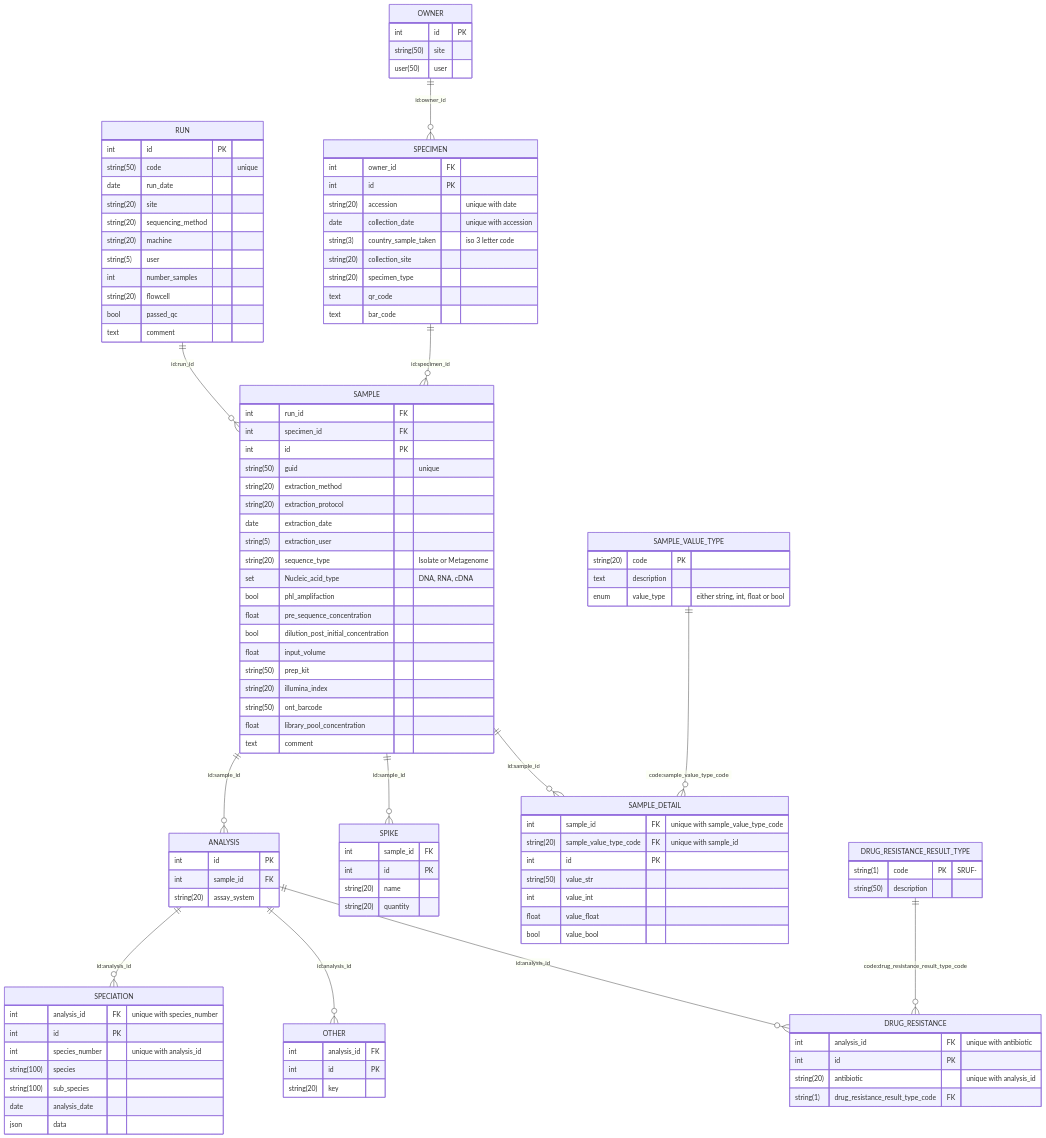
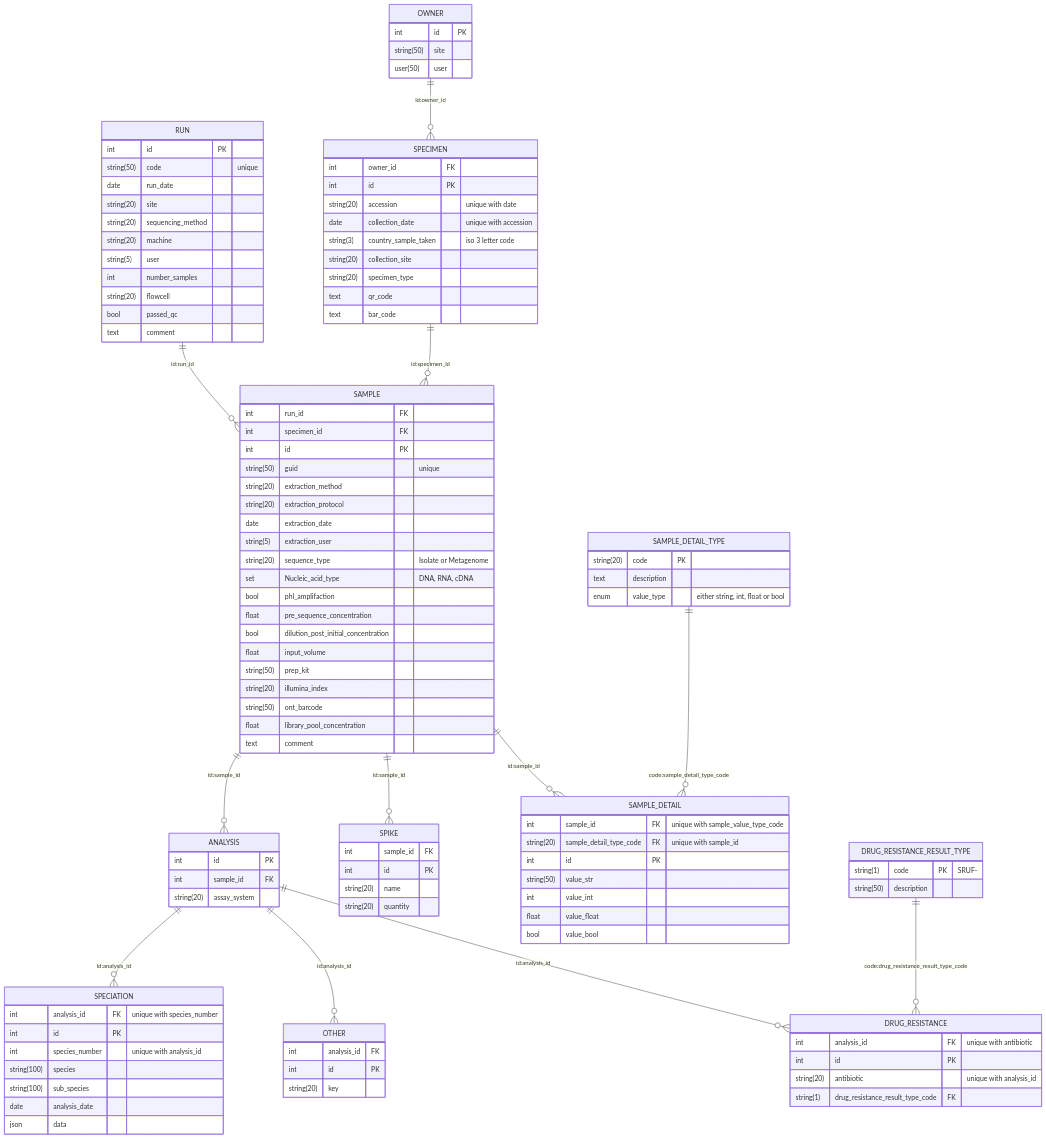
One commit to oxfordmmm/gpas_local_db changed the diagram in docs/database-layout.md. Above: the diagram before and after it, drawn with Mermaid.

Commit message:
Change sample_value_type table to sample_detail_type

````diff
--- a/docs/database-layout.md
+++ b/docs/database-layout.md
@@ -65,7 +65,7 @@
 
     SAMPLE_DETAIL {
         int sample_id FK "unique with sample_value_type_code"
-        string(20) sample_value_type_code FK "unique with sample_id"
+        string(20) sample_detail_type_code FK "unique with sample_id"
         int id PK
         string(50) value_str
         int value_int
@@ -73,7 +73,7 @@
         bool value_bool
     }
 
-    SAMPLE_VALUE_TYPE {
+    SAMPLE_DETAIL_TYPE {
         string(20) code PK
         text description
         enum value_type "either string, int, float or bool"
@@ -124,5 +124,5 @@
     ANALYSIS ||--o{ DRUG_RESISTANCE : "id:analysis_id"
     DRUG_RESISTANCE_RESULT_TYPE ||--o{ DRUG_RESISTANCE : "code:drug_resistance_result_type_code"
     SAMPLE ||--o{ SAMPLE_DETAIL: "id:sample_id"
-    SAMPLE_VALUE_TYPE ||--o{ SAMPLE_DETAIL: "code:sample_value_type_code"
+    SAMPLE_DETAIL_TYPE ||--o{ SAMPLE_DETAIL: "code:sample_detail_type_code"
 ```
````
